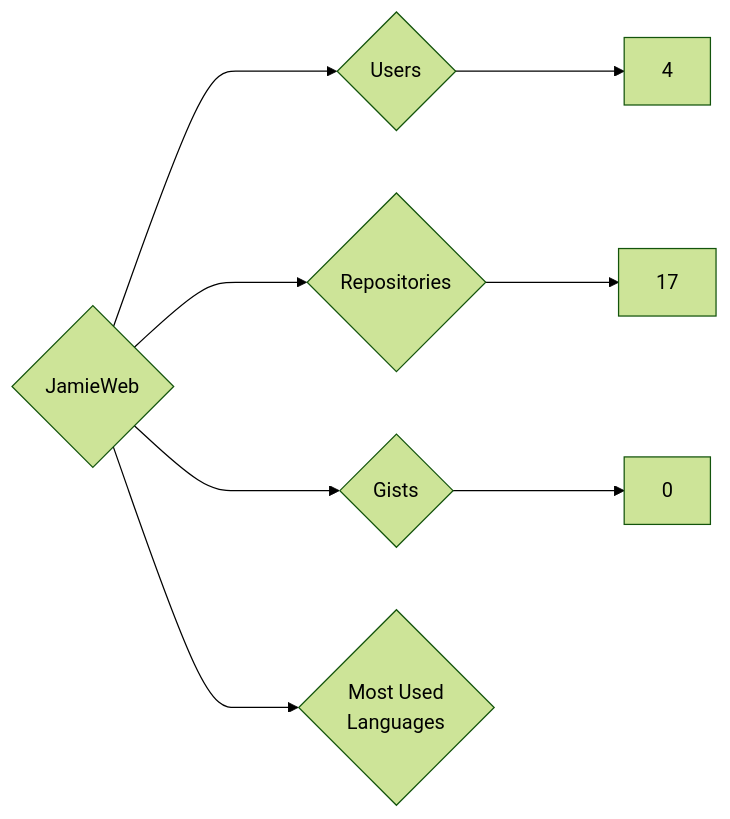
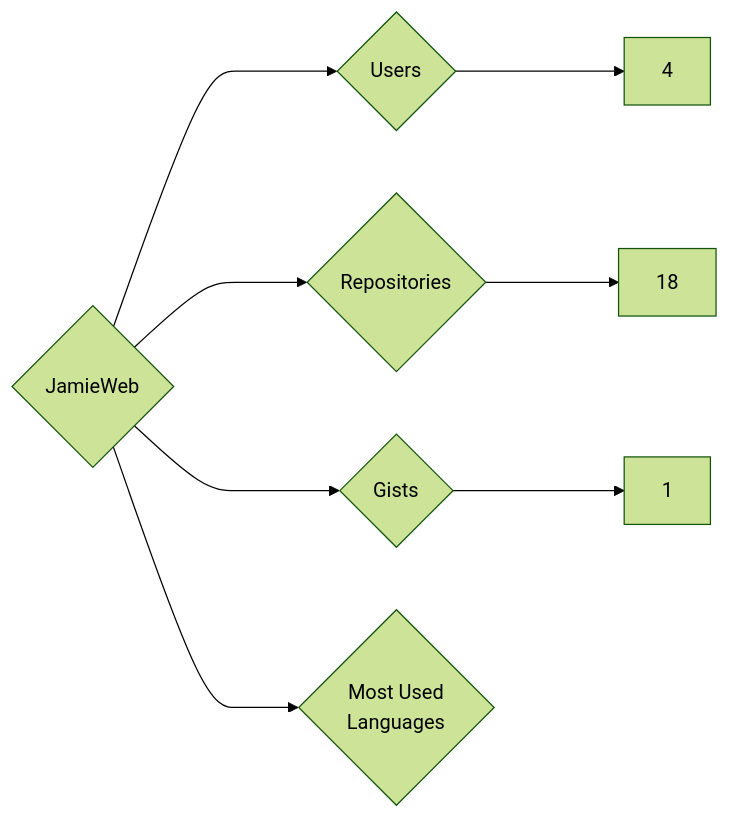
One commit to nenadzaric/insiders changed the diagram in targets/JamieWeb/README.md. Above: the diagram before and after it, drawn with Mermaid (forest theme). The commit also changed 1342 other files, not shown here.

````diff
--- a/targets/JamieWeb/README.md
+++ b/targets/JamieWeb/README.md
@@ -3,8 +3,8 @@
 ```mermaid
 graph LR
 COMPANY_NAME{JamieWeb}
 COMPANY_NAME ---> U{Users} ---> UN[4]
-COMPANY_NAME ---> R{Repositories} ---> RN[17]
-COMPANY_NAME ---> G{Gists} ---> GN[0]
+COMPANY_NAME ---> R{Repositories} ---> RN[18]
+COMPANY_NAME ---> G{Gists} ---> GN[1]
 COMPANY_NAME ---> ML{Most Used<br>Languages}
 ```
````
